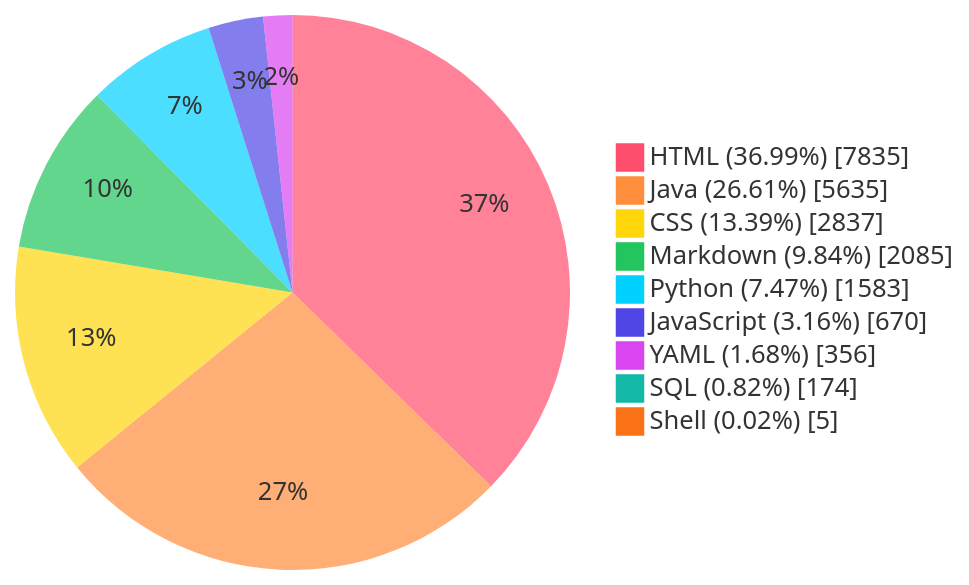
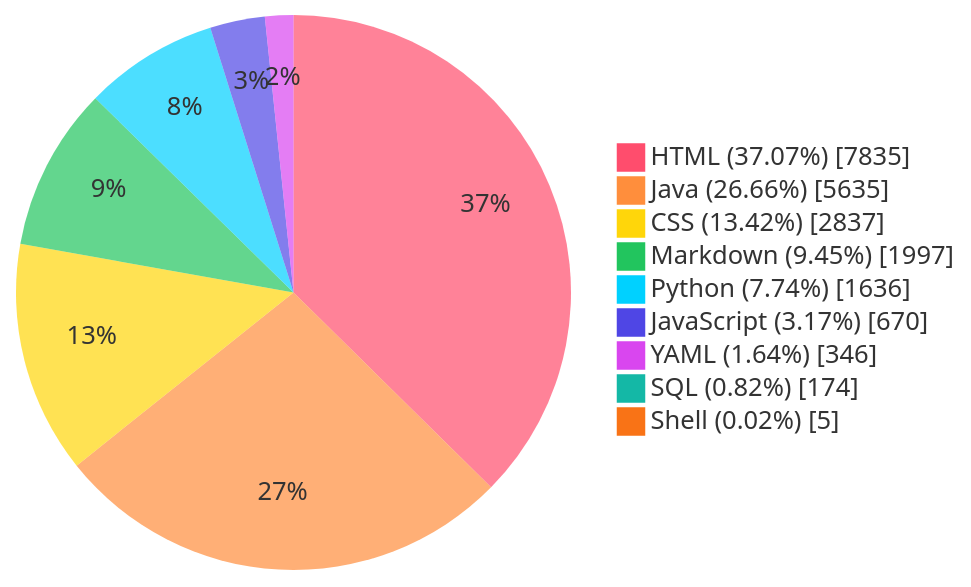
One commit to TheBadRoger/BUCT-Teaching-Aids changed the diagram in README.md. Above: the diagram before and after it, drawn with Mermaid. The commit also changed other lines of this file and 2 other files, not shown here.

Commit message:
chore(stats): auto update README metrics

````diff
--- a/README.md
+++ b/README.md
@@ -37,28 +37,28 @@
 ```mermaid
 %%{init: {'theme':'base','themeVariables': {
   'fontFamily': 'Fira Code, JetBrains Mono, Source Code Pro, Cascadia Code, Menlo, Consolas, monospace',
   'pieStrokeColor': 'transparent',
   'pieStrokeWidth': '0px',
   'pieOuterStrokeWidth': '0px',
   'pie1': '#FF4D6D',
   'pie2': '#FF8E3C',
   'pie3': '#FFD60A',
   'pie4': '#22C55E',
   'pie5': '#00D1FF',
   'pie6': '#4F46E5',
   'pie7': '#D946EF',
   'pie8': '#14B8A6',
   'pie9': '#F97316',
   'pie10': '#A855F7'
 }}}%%
 pie showData
-    "HTML (36.99%)" : 7835
-    "Java (26.61%)" : 5635
-    "CSS (13.39%)" : 2837
-    "Markdown (9.84%)" : 2085
-    "Python (7.47%)" : 1583
-    "JavaScript (3.16%)" : 670
-    "YAML (1.68%)" : 356
+    "HTML (37.07%)" : 7835
+    "Java (26.66%)" : 5635
+    "CSS (13.42%)" : 2837
+    "Markdown (9.45%)" : 1997
+    "Python (7.74%)" : 1636
+    "JavaScript (3.17%)" : 670
+    "YAML (1.64%)" : 346
     "SQL (0.82%)" : 174
     "Shell (0.02%)" : 5
 ```
````
